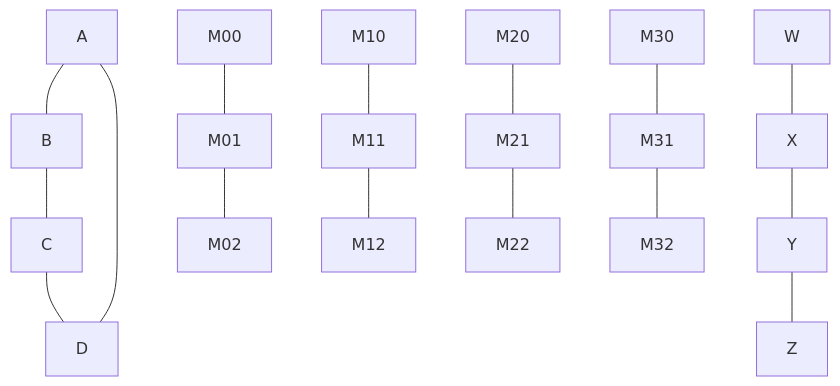
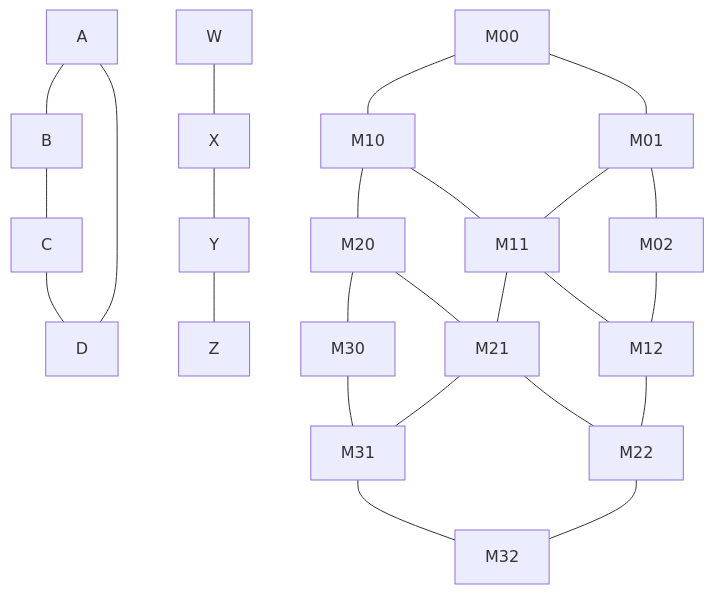
Before and after one commit to jordicf/FRAME: the diagram in tools/netgen/README.md, drawn with Mermaid.

Commit message:
minor modification

````diff
--- a/tools/netgen/README.md
+++ b/tools/netgen/README.md
@@ -20,20 +20,29 @@
 ```mermaid
   graph TD;
       A---B;
       B---C;
       C---D;
       D---A;
       
       W---X;
       X---Y;
       Y---Z;
       
       M00 --- M01;
       M01 --- M02;
       M10 --- M11;
       M11 --- M12;
       M20 --- M21;
       M21 --- M22;
       M30 --- M31;
       M31 --- M32;
+      M00 --- M10;
+      M10 --- M20;
+      M20 --- M30;
+      M01 --- M11;
+      M11 --- M21;
+      M21 --- M31;
+      M02 --- M12;
+      M12 --- M22;
+      M22 --- M32;
 ```
````
